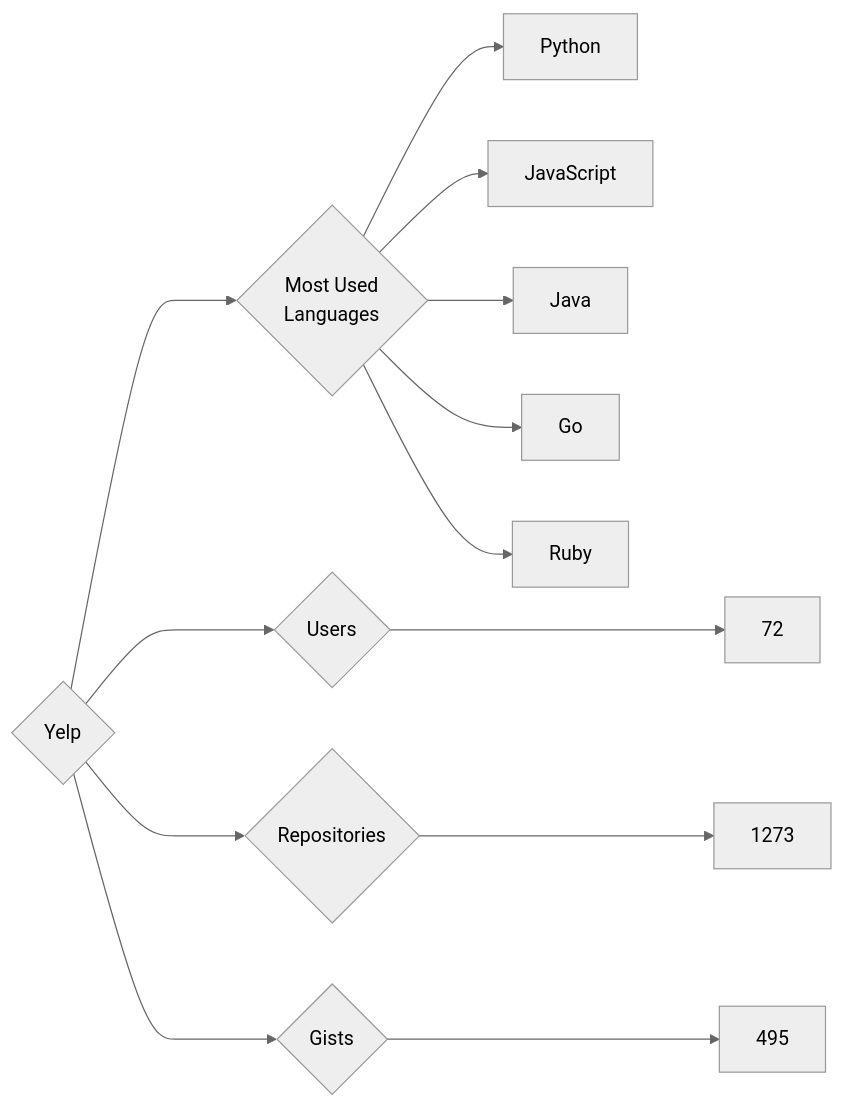
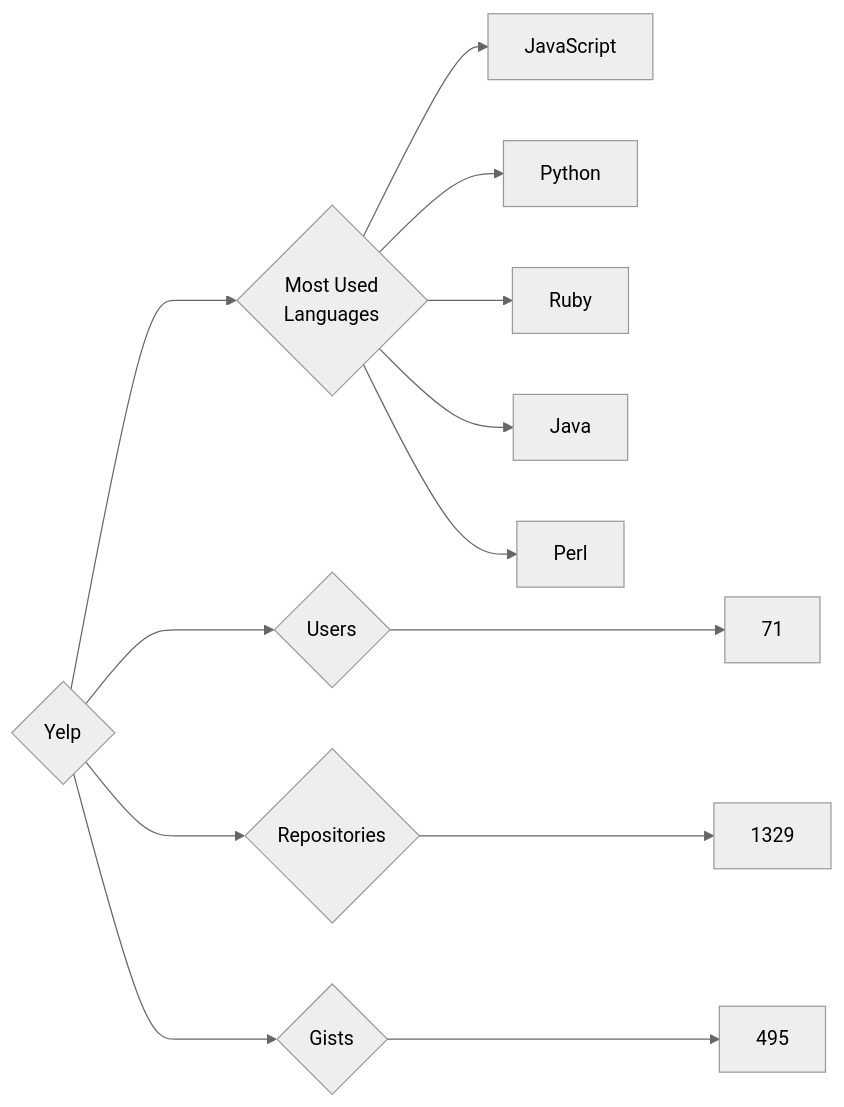
The diagram in targets/Yelp/README.md (trickest/insiders), drawn with Mermaid (neutral theme) before and after one commit. The commit also changed 725 other files, not shown here.

````diff
--- a/targets/Yelp/README.md
+++ b/targets/Yelp/README.md
@@ -3,13 +3,13 @@
 ```mermaid
 graph LR
 COMPANY_NAME{Yelp}
-COMPANY_NAME ---> U{Users} ---> UN[72]
-COMPANY_NAME ---> R{Repositories} ---> RN[1273]
+COMPANY_NAME ---> U{Users} ---> UN[71]
+COMPANY_NAME ---> R{Repositories} ---> RN[1329]
 COMPANY_NAME ---> G{Gists} ---> GN[495]
 COMPANY_NAME ---> ML{Most Used<br>Languages}
+ML --> JavaScript[JavaScript]
 ML --> Python[Python]
-ML --> JavaScript[JavaScript]
+ML --> Ruby[Ruby]
 ML --> Java[Java]
-ML --> Go[Go]
-ML --> Ruby[Ruby]
+ML --> Perl[Perl]
 ```
````
